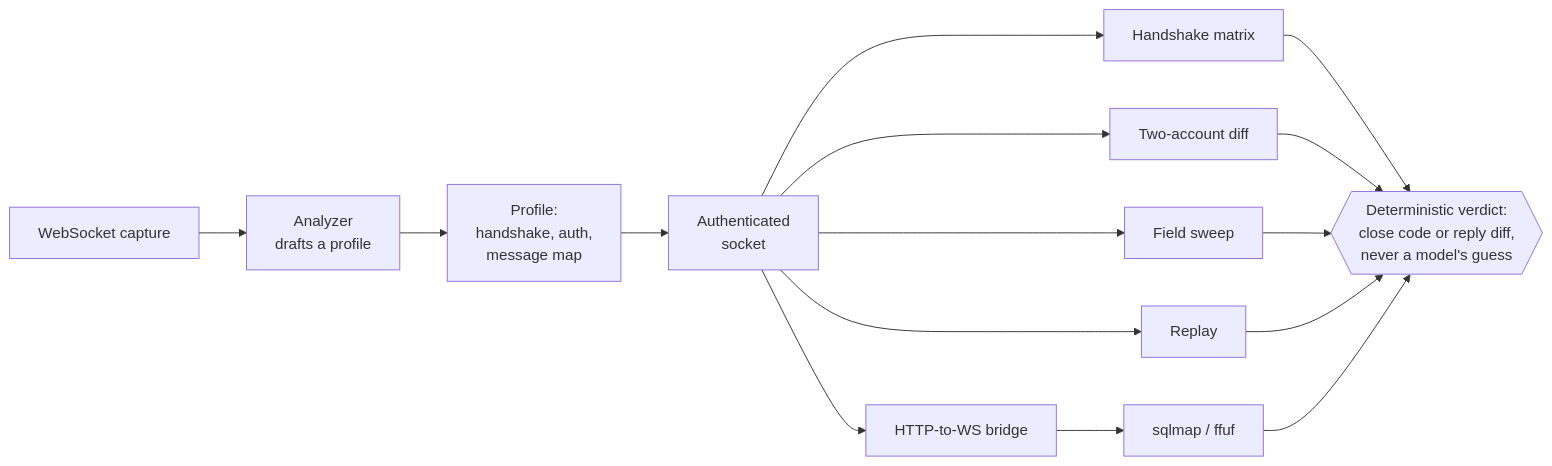
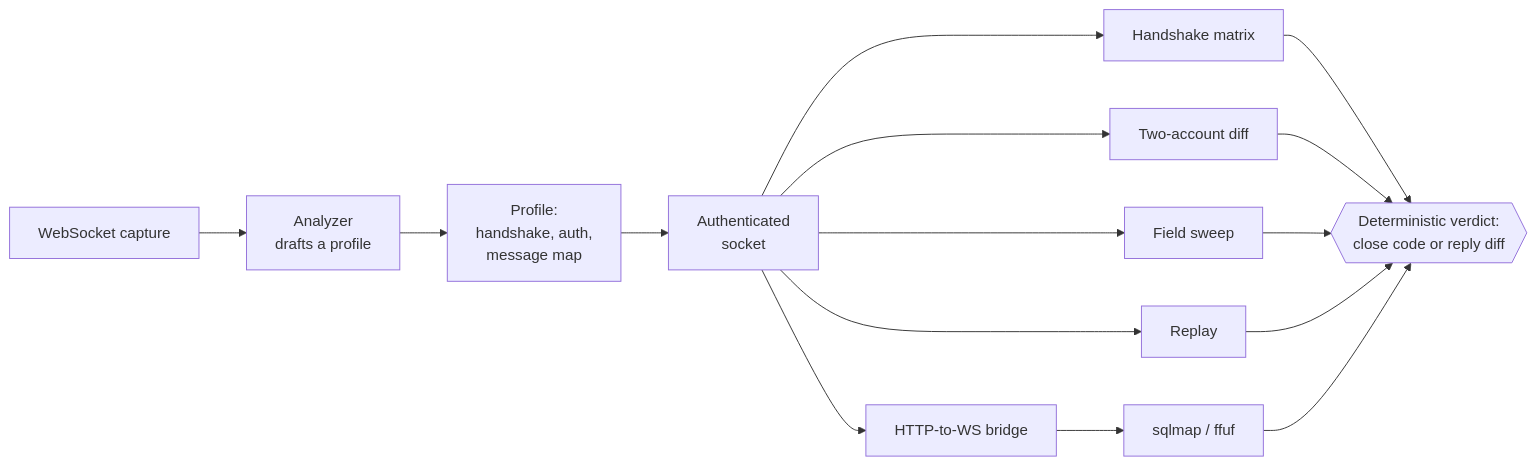
The diagram in README.md (munishkharb/wsprobe), drawn with Mermaid before and after one commit. The commit also changed other lines of this file, not shown here.

````diff
--- a/README.md
+++ b/README.md
@@ -10,17 +10,17 @@
 ```mermaid
 flowchart LR
   cap["WebSocket capture"] --> an["Analyzer<br/>drafts a profile"]
   an --> prof["Profile:<br/>handshake, auth,<br/>message map"]
   prof --> conn["Authenticated<br/>socket"]
   conn --> hs["Handshake matrix"]
   conn --> diff["Two-account diff"]
   conn --> sweep["Field sweep"]
   conn --> replay["Replay"]
   conn --> bridge["HTTP-to-WS bridge"]
   bridge --> ext["sqlmap / ffuf"]
-  hs --> v{{"Deterministic verdict:<br/>close code or reply diff,<br/>never a model's guess"}}
+  hs --> v{{"Deterministic verdict:<br/>close code or reply diff"}}
   diff --> v
   sweep --> v
   replay --> v
   ext --> v
 ```
````
